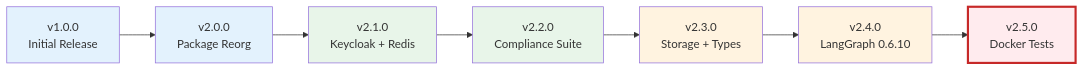
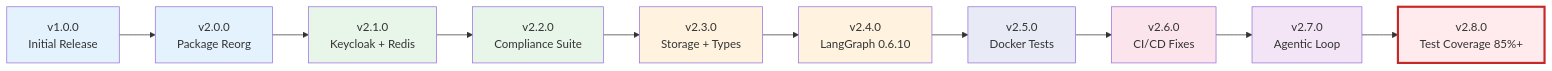
Before and after one commit to vishnu2kmohan/mcp-server-langgraph: the diagram in docs/releases/overview.mdx, drawn with Mermaid. The commit also changed other lines of this file and 10 other files, not shown here.

````diff
--- a/docs/releases/overview.mdx
+++ b/docs/releases/overview.mdx
@@ -90,17 +93,23 @@
 ```mermaid
 graph LR
     V1[v1.0.0<br/>Initial Release] --> V2[v2.0.0<br/>Package Reorg]
     V2 --> V21[v2.1.0<br/>Keycloak + Redis]
     V21 --> V22[v2.2.0<br/>Compliance Suite]
     V22 --> V23[v2.3.0<br/>Storage + Types]
     V23 --> V24[v2.4.0<br/>LangGraph 0.6.10]
     V24 --> V25[v2.5.0<br/>Docker Tests]
+    V25 --> V26[v2.6.0<br/>CI/CD Fixes]
+    V26 --> V27[v2.7.0<br/>Agentic Loop]
+    V27 --> V28[v2.8.0<br/>Test Coverage 85%+]
 
     style V1 fill:#e3f2fd
     style V2 fill:#e3f2fd
     style V21 fill:#e8f5e9
     style V22 fill:#e8f5e9
     style V23 fill:#fff3e0
     style V24 fill:#fff3e0
-    style V25 fill:#ffebee,stroke:#c62828,stroke-width:3px
+    style V25 fill:#e8eaf6
+    style V26 fill:#fce4ec
+    style V27 fill:#f3e5f5
+    style V28 fill:#ffebee,stroke:#c62828,stroke-width:3px
 ```
````
